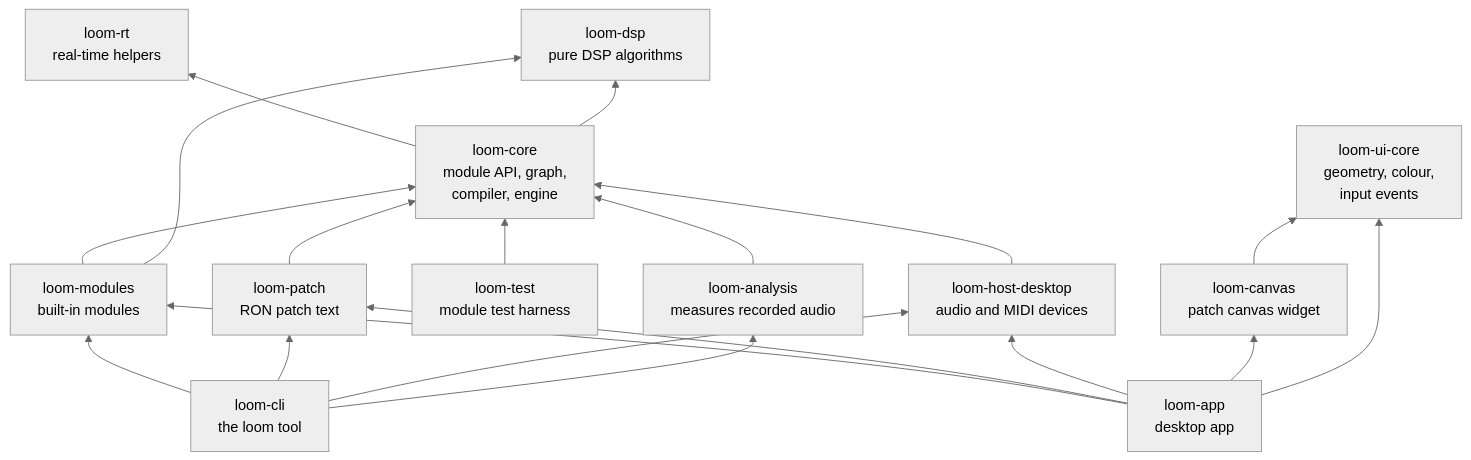
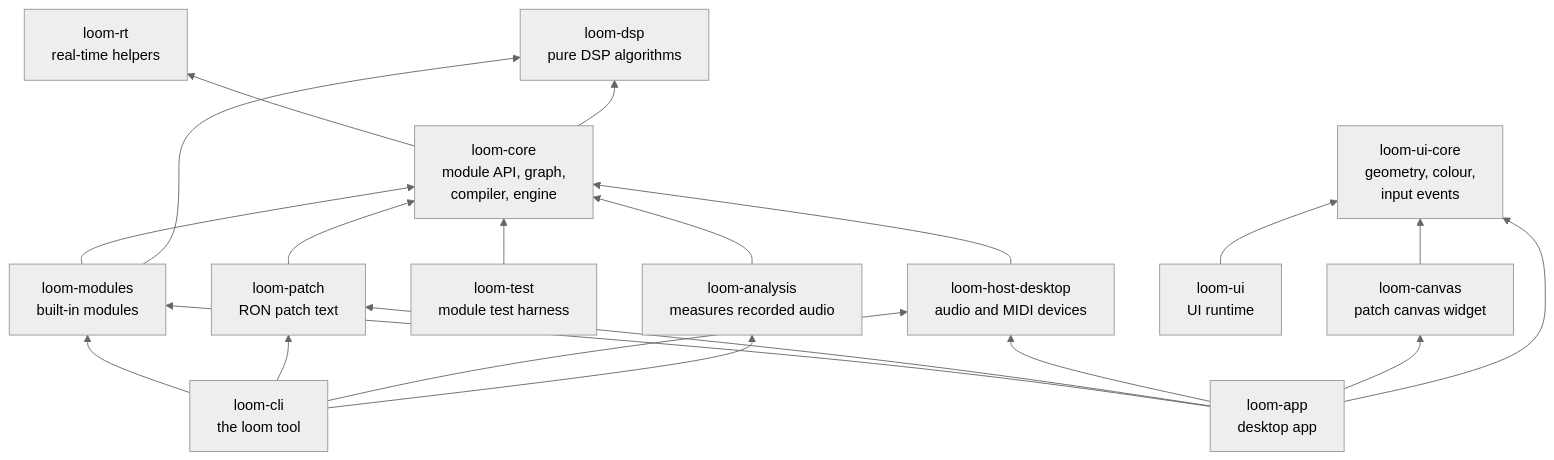
Before and after one commit to Aaqibhafeezkhan/LoomDSP: the first of 2 diagrams in docs/dev/architecture.md, drawn with Mermaid (neutral theme). The commit also changed other lines of this file and 26 other files, not shown here.

First line of the commit message:
UI layer, step 2.1a: our own runtime in loom-ui, with effects as plain values and a headless driver (#732)

````diff
--- a/docs/dev/architecture.md
+++ b/docs/dev/architecture.md
@@ -7,25 +7,27 @@
 ```mermaid
 flowchart BT
     rt[loom-rt<br/>real-time helpers]
     dsp[loom-dsp<br/>pure DSP algorithms]
     core[loom-core<br/>module API, graph,<br/>compiler, engine]
     modules[loom-modules<br/>built-in modules]
     patch[loom-patch<br/>RON patch text]
     test[loom-test<br/>module test harness]
     analysis[loom-analysis<br/>measures recorded audio]
     host[loom-host-desktop<br/>audio and MIDI devices]
     uicore[loom-ui-core<br/>geometry, colour,<br/>input events]
+    ui[loom-ui<br/>UI runtime]
     canvas[loom-canvas<br/>patch canvas widget]
     cli[loom-cli<br/>the loom tool]
     app[loom-app<br/>desktop app]
 
     core --> rt & dsp
     modules --> core & dsp
     patch --> core
     test --> core
     analysis --> core
     host --> core
     cli --> modules & patch & host & analysis
     canvas --> uicore
+    ui --> uicore
     app --> modules & patch & host & canvas & uicore
 ```
````
